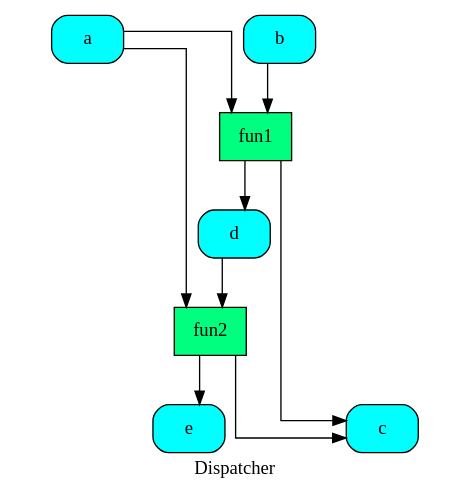
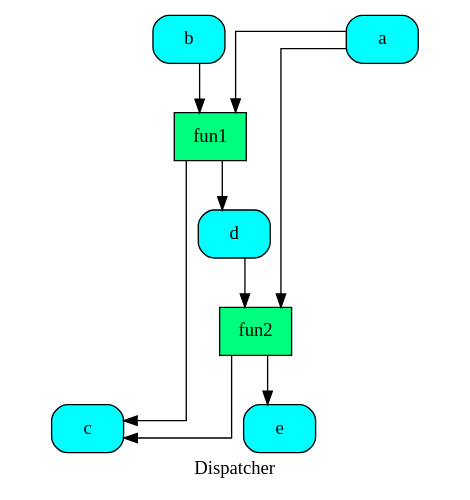
Before and after one commit to vinci1it2000/schedula: the diagram in doc/source/dispatcher/__init__/get_sub_dsp/dsp.dot, drawn with Graphviz. The commit also changed 25 other files, not shown here.

```diff
--- a/doc/source/dispatcher/__init__/get_sub_dsp/dsp.dot
+++ b/doc/source/dispatcher/__init__/get_sub_dsp/dsp.dot
@@ -1,21 +1,21 @@
 digraph Dispatcher {
 	graph [ratio=1]
 	node [style=filled]
+	splines = ortho
 	label = "Dispatcher"
-	splines = ortho
-		Dispatcher_2654594059259795776 [label="{ fun2  }" fillcolor=springgreen shape=record]
-		Dispatcher_7813220925901612792 [label="{ c  }" fillcolor=cyan shape=Mrecord]
-		"Dispatcher_-2531647229664915758" [label="{ fun1  }" fillcolor=springgreen shape=record]
-		"Dispatcher_-6776210645888712586" [label="{ a  }" fillcolor=cyan shape=Mrecord]
-		Dispatcher_3634755706586891528 [label="{ b  }" fillcolor=cyan shape=Mrecord]
-		"Dispatcher_-2767360981463560080" [label="{ e  }" fillcolor=cyan shape=Mrecord]
-		"Dispatcher_-6038867426217595374" [label="{ d  }" fillcolor=cyan shape=Mrecord]
-			Dispatcher_2654594059259795776 -> Dispatcher_7813220925901612792
-			Dispatcher_2654594059259795776 -> "Dispatcher_-2767360981463560080"
-			"Dispatcher_-2531647229664915758" -> Dispatcher_7813220925901612792
-			"Dispatcher_-2531647229664915758" -> "Dispatcher_-6038867426217595374"
-			"Dispatcher_-6776210645888712586" -> Dispatcher_2654594059259795776
-			"Dispatcher_-6776210645888712586" -> "Dispatcher_-2531647229664915758"
-			Dispatcher_3634755706586891528 -> "Dispatcher_-2531647229664915758"
-			"Dispatcher_-6038867426217595374" -> Dispatcher_2654594059259795776
+		"Dispatcher_-1600553766741042494" [label="{ e  }" fillcolor=cyan shape=Mrecord]
+		Dispatcher_8642698689935103924 [label="{ c  }" fillcolor=cyan shape=Mrecord]
+		Dispatcher_4091537378154039687 [label="{ b  }" fillcolor=cyan shape=Mrecord]
+		Dispatcher_6296734525852763240 [label="{ fun1  }" fillcolor=springgreen shape=record]
+		"Dispatcher_-6312532703608986113" [label="{ fun2  }" fillcolor=springgreen shape=record]
+		"Dispatcher_-1841214044933314468" [label="{ a  }" fillcolor=cyan shape=Mrecord]
+		"Dispatcher_-4429513020801161489" [label="{ d  }" fillcolor=cyan shape=Mrecord]
+			Dispatcher_4091537378154039687 -> Dispatcher_6296734525852763240
+			Dispatcher_6296734525852763240 -> Dispatcher_8642698689935103924
+			Dispatcher_6296734525852763240 -> "Dispatcher_-4429513020801161489"
+			"Dispatcher_-6312532703608986113" -> "Dispatcher_-1600553766741042494"
+			"Dispatcher_-6312532703608986113" -> Dispatcher_8642698689935103924
+			"Dispatcher_-1841214044933314468" -> Dispatcher_6296734525852763240
+			"Dispatcher_-1841214044933314468" -> "Dispatcher_-6312532703608986113"
+			"Dispatcher_-4429513020801161489" -> "Dispatcher_-6312532703608986113"
 }
```
